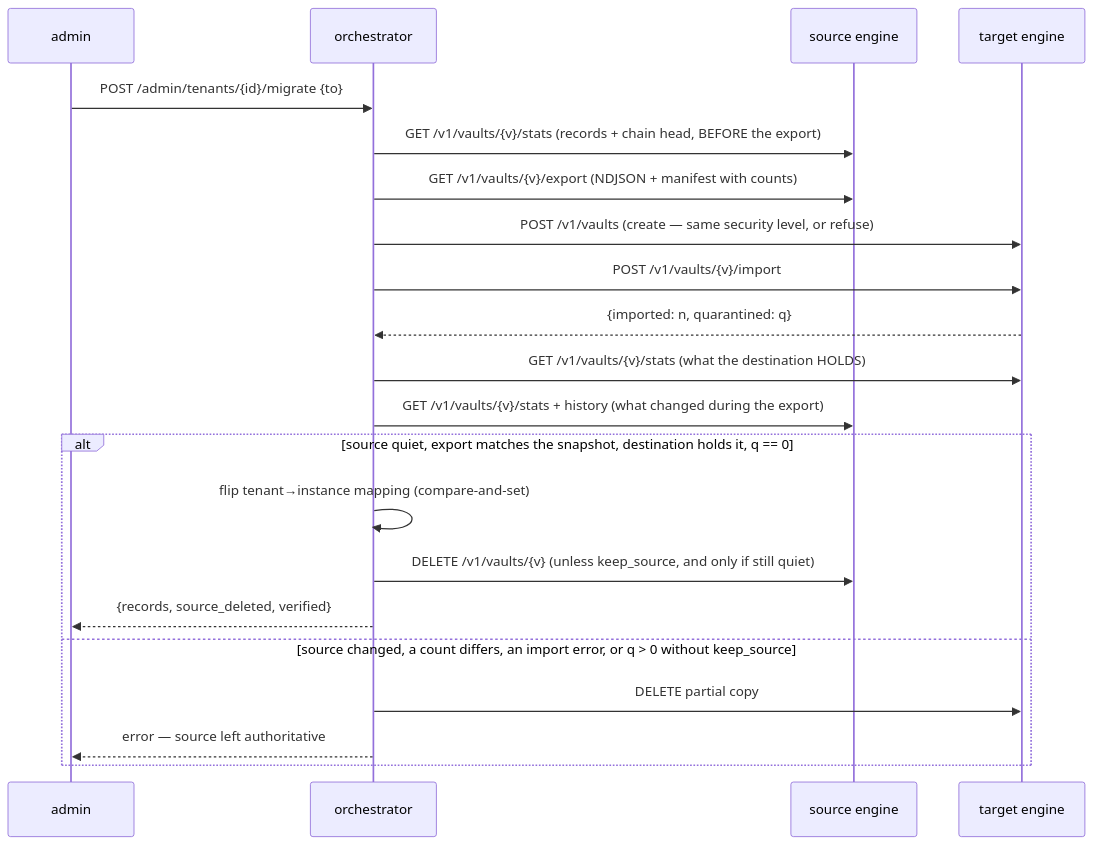
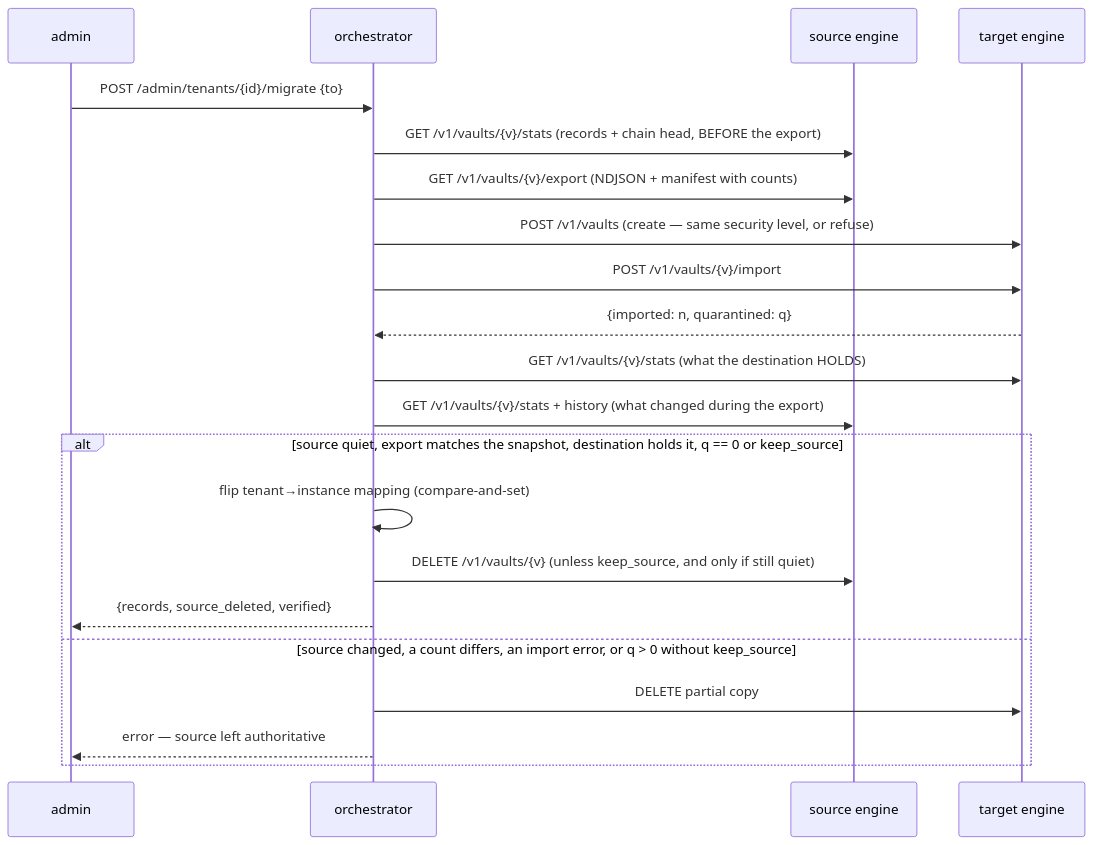
Before and after one commit to sealcroft/undercroft: the third of 3 diagrams in docs/MULTI_TENANCY.md, drawn with Mermaid. The commit also changed other lines of this file and 93 other files, not shown here.

````diff
--- a/docs/MULTI_TENANCY.md
+++ b/docs/MULTI_TENANCY.md
@@ -400,23 +405,23 @@
 ```mermaid
 sequenceDiagram
     participant A as admin
     participant O as orchestrator
     participant S as source engine
     participant D as target engine
     A->>O: POST /admin/tenants/{id}/migrate {to}
     O->>S: GET /v1/vaults/{v}/stats (records + chain head, BEFORE the export)
     O->>S: GET /v1/vaults/{v}/export (NDJSON + manifest with counts)
     O->>D: POST /v1/vaults (create — same security level, or refuse)
     O->>D: POST /v1/vaults/{v}/import
     D-->>O: {imported: n, quarantined: q}
     O->>D: GET /v1/vaults/{v}/stats (what the destination HOLDS)
     O->>S: GET /v1/vaults/{v}/stats + history (what changed during the export)
-    alt source quiet, export matches the snapshot, destination holds it, q == 0
+    alt source quiet, export matches the snapshot, destination holds it, q == 0 or keep_source
         O->>O: flip tenant→instance mapping (compare-and-set)
         O->>S: DELETE /v1/vaults/{v} (unless keep_source, and only if still quiet)
         O-->>A: {records, source_deleted, verified}
     else source changed, a count differs, an import error, or q > 0 without keep_source
         O->>D: DELETE partial copy
         O-->>A: error — source left authoritative
     end
 ```
````
